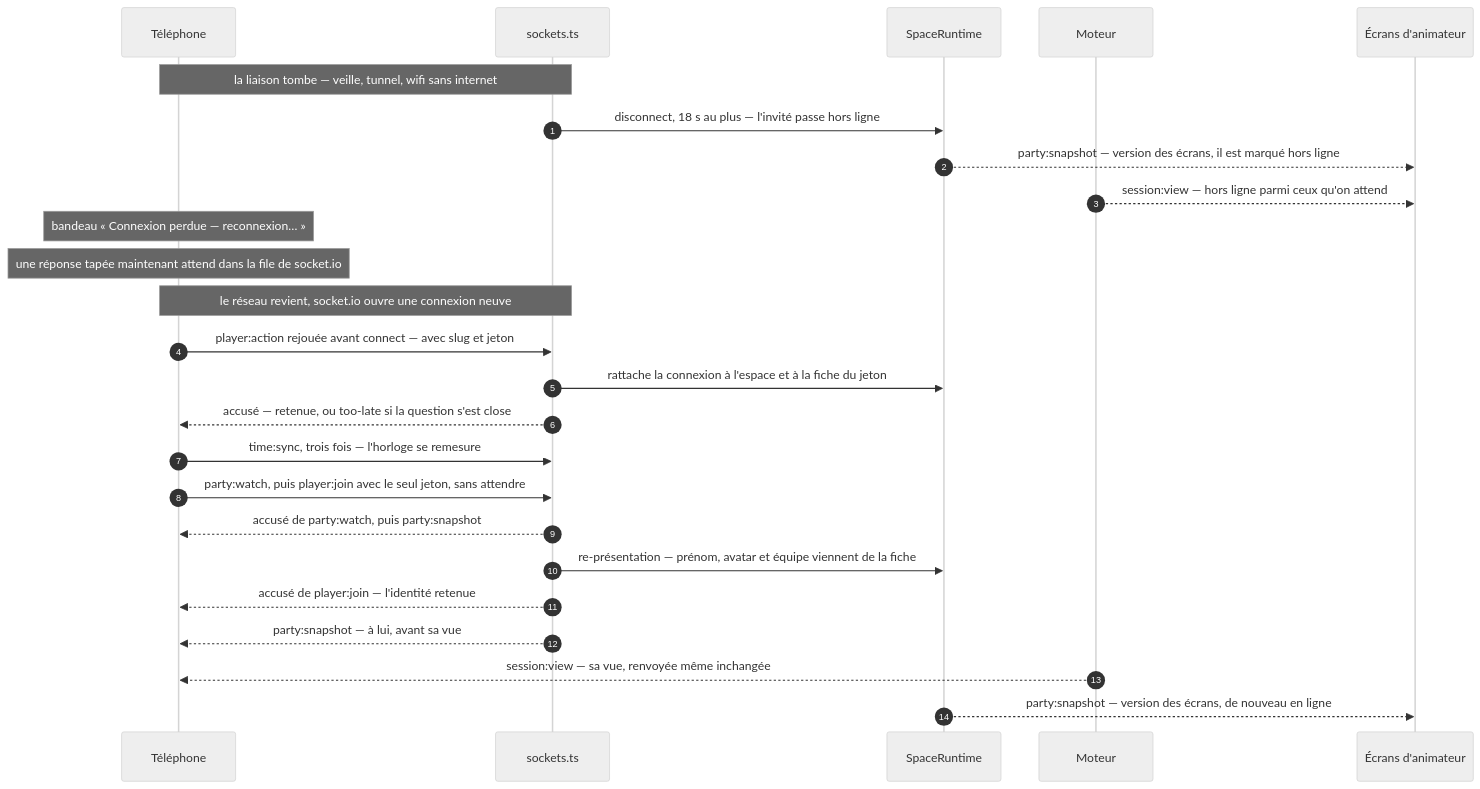
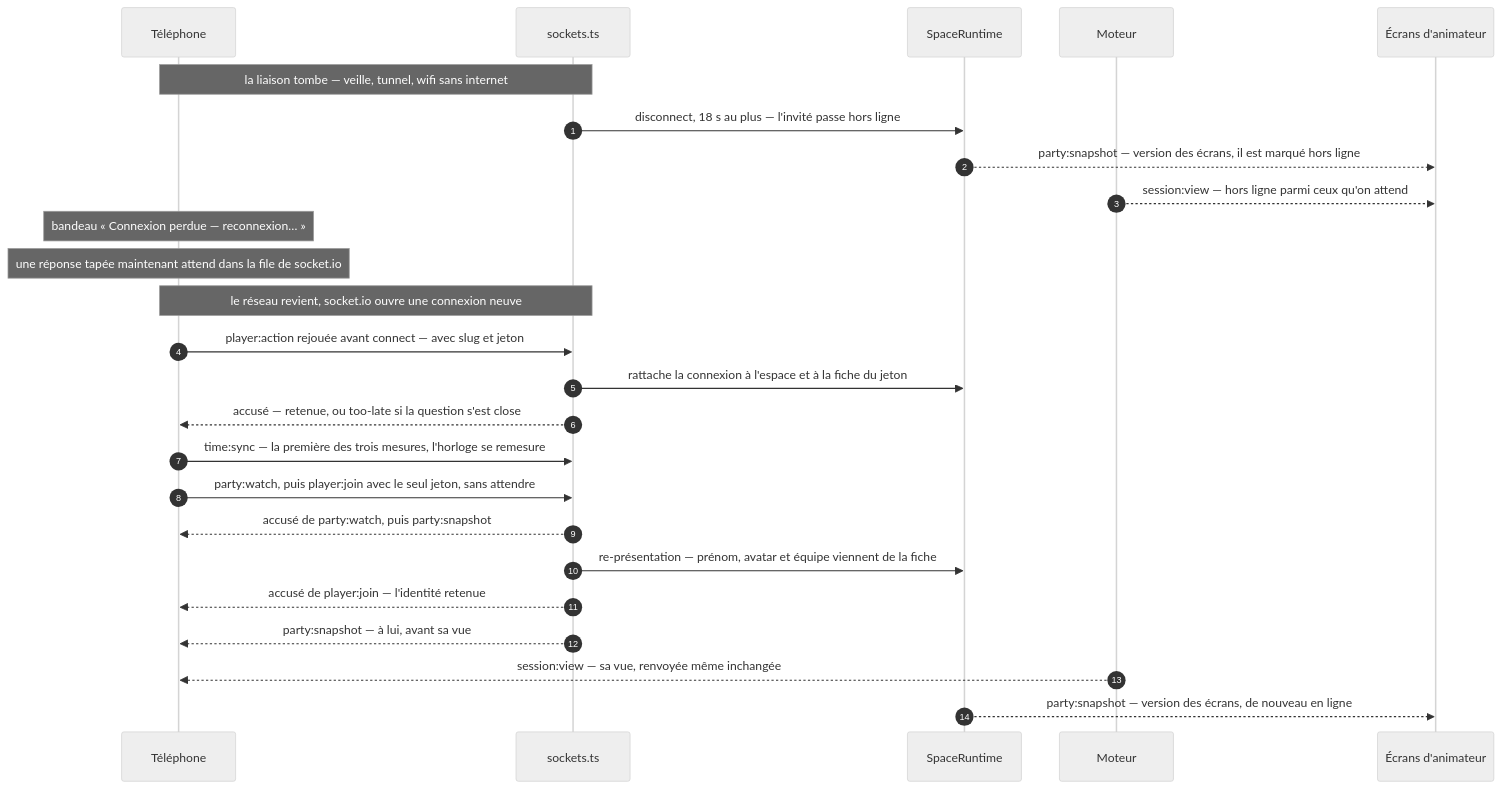
Before and after one commit to Maxilyas/FiestApp: the second of 3 diagrams in docs/architecture/temps-reel.md, drawn with Mermaid (neutral theme). The commit also changed other lines of this file and 6 other files, not shown here.

First line of the commit message:
Documentation : la soirée, l'architecture et la contribution relues

````diff
--- a/docs/architecture/temps-reel.md
+++ b/docs/architecture/temps-reel.md
@@ -90,27 +90,27 @@
 ```mermaid
 sequenceDiagram
   autonumber
   participant T as Téléphone
   participant S as sockets.ts
   participant R as SpaceRuntime
   participant M as Moteur
   participant E as Écrans d'animateur
   Note over T,S: la liaison tombe — veille, tunnel, wifi sans internet
   S->>R: disconnect, 18 s au plus — l'invité passe hors ligne
   R-->>E: party:snapshot — version des écrans, il est marqué hors ligne
   M-->>E: session:view — hors ligne parmi ceux qu'on attend
   Note over T: bandeau « Connexion perdue — reconnexion… »
   Note over T: une réponse tapée maintenant attend dans la file de socket.io
   Note over T,S: le réseau revient, socket.io ouvre une connexion neuve
   T->>S: player:action rejouée avant connect — avec slug et jeton
   S->>R: rattache la connexion à l'espace et à la fiche du jeton
   S-->>T: accusé — retenue, ou too-late si la question s'est close
-  T->>S: time:sync, trois fois — l'horloge se remesure
+  T->>S: time:sync — la première des trois mesures, l'horloge se remesure
   T->>S: party:watch, puis player:join avec le seul jeton, sans attendre
   S-->>T: accusé de party:watch, puis party:snapshot
   S->>R: re-présentation — prénom, avatar et équipe viennent de la fiche
   S-->>T: accusé de player:join — l'identité retenue
   S-->>T: party:snapshot — à lui, avant sa vue
   M-->>T: session:view — sa vue, renvoyée même inchangée
   R-->>E: party:snapshot — version des écrans, de nouveau en ligne
 ```
````
